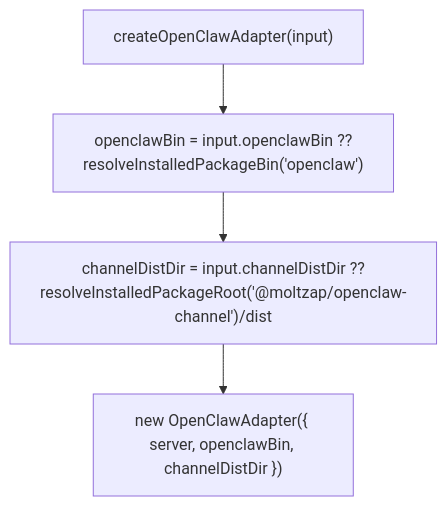
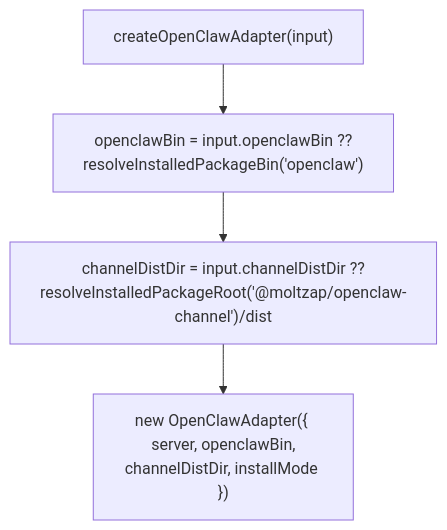
Before and after one commit to chughtapan/moltzap: the first of 6 diagrams in docs/modules/testbed/src.mdx, drawn with Mermaid. The commit also changed other lines of this file and 28 other files, not shown here.

First line of the commit message:
feat(testbed): dual-mode channel install across both runtime adapters

````diff
--- a/docs/modules/testbed/src.mdx
+++ b/docs/modules/testbed/src.mdx
@@ -59,8 +59,8 @@
 ```mermaid
 flowchart TD
   OCWF["createOpenClawAdapter(input)"]
   OCBIN["openclawBin = input.openclawBin ??<br>resolveInstalledPackageBin('openclaw')"]
   OCCH["channelDistDir = input.channelDistDir ??<br>resolveInstalledPackageRoot('@moltzap/openclaw-channel')/dist"]
-  OCOUT["new OpenClawAdapter({ server, openclawBin, channelDistDir })"]
+  OCOUT["new OpenClawAdapter({ server, openclawBin,<br>channelDistDir, installMode })"]
   OCWF --> OCBIN --> OCCH --> OCOUT
 ```
````
